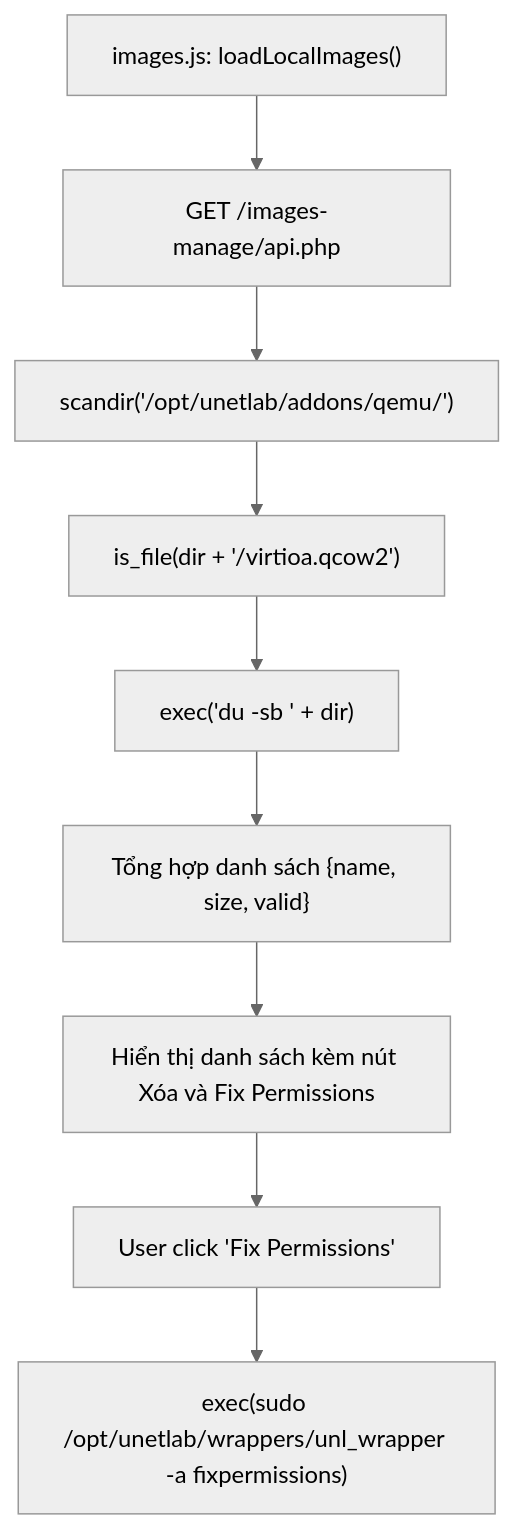
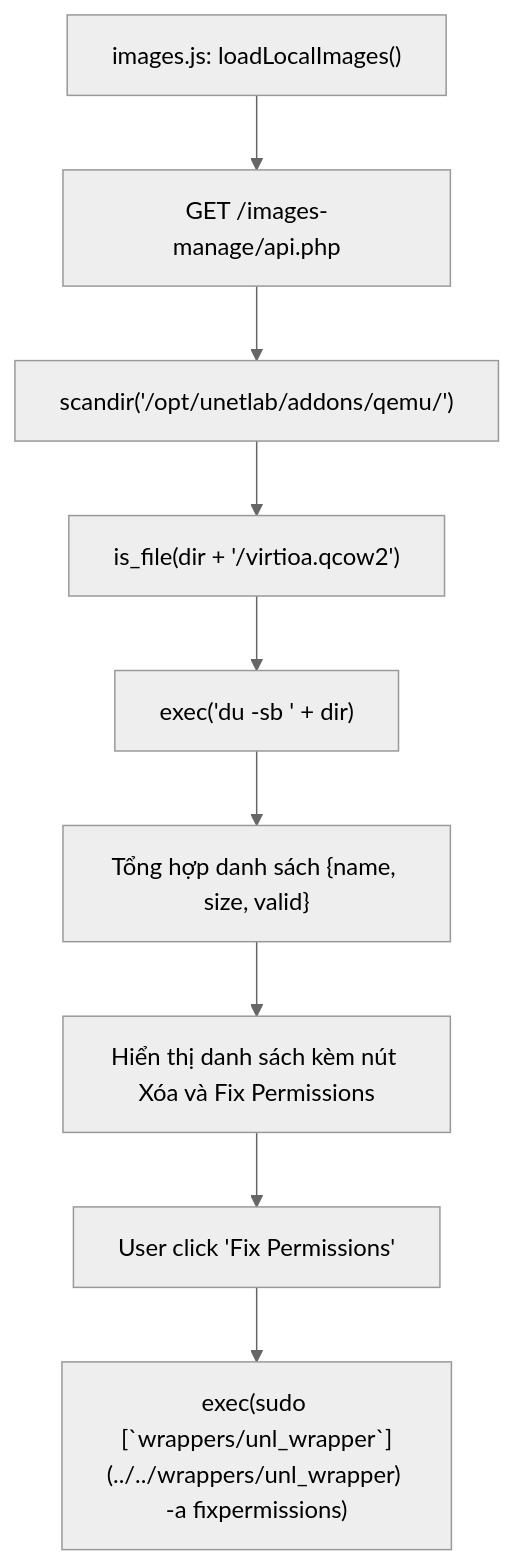
One commit to Luuxinhxinh/pnet-v8 changed the diagram in docs/03-diagrams/f50-image-filesystem-manager-callgraph.md. Above: the diagram before and after it, drawn with Mermaid (neutral theme). The commit also changed 92 other files, not shown here.

````diff
--- a/docs/03-diagrams/f50-image-filesystem-manager-callgraph.md
+++ b/docs/03-diagrams/f50-image-filesystem-manager-callgraph.md
@@ -9,11 +9,11 @@
 ```mermaid
 graph TD
     DASHBOARD["images.js: loadLocalImages()"] --> GET_API["GET /images-manage/api.php"]
     GET_API --> SCAN_QEMU["scandir('/opt/unetlab/addons/qemu/')"]
     SCAN_QEMU --> CHECK_DISK["is_file(dir + '/virtioa.qcow2')"]
     CHECK_DISK --> CALC_SIZE["exec('du -sb ' + dir)"]
     CALC_SIZE --> JSON_PAYLOAD["Tổng hợp danh sách {name, size, valid}"]
     JSON_PAYLOAD --> RENDER_TABLE["Hiển thị danh sách kèm nút Xóa và Fix Permissions"]
     RENDER_TABLE --> CLICK_FIX["User click 'Fix Permissions'"]
-    CLICK_FIX --> EXEC_FIX["exec(sudo /opt/unetlab/wrappers/unl_wrapper -a fixpermissions)"]
+    CLICK_FIX --> EXEC_FIX["exec(sudo [`wrappers/unl_wrapper`](../../wrappers/unl_wrapper) -a fixpermissions)"]
 ```
````
